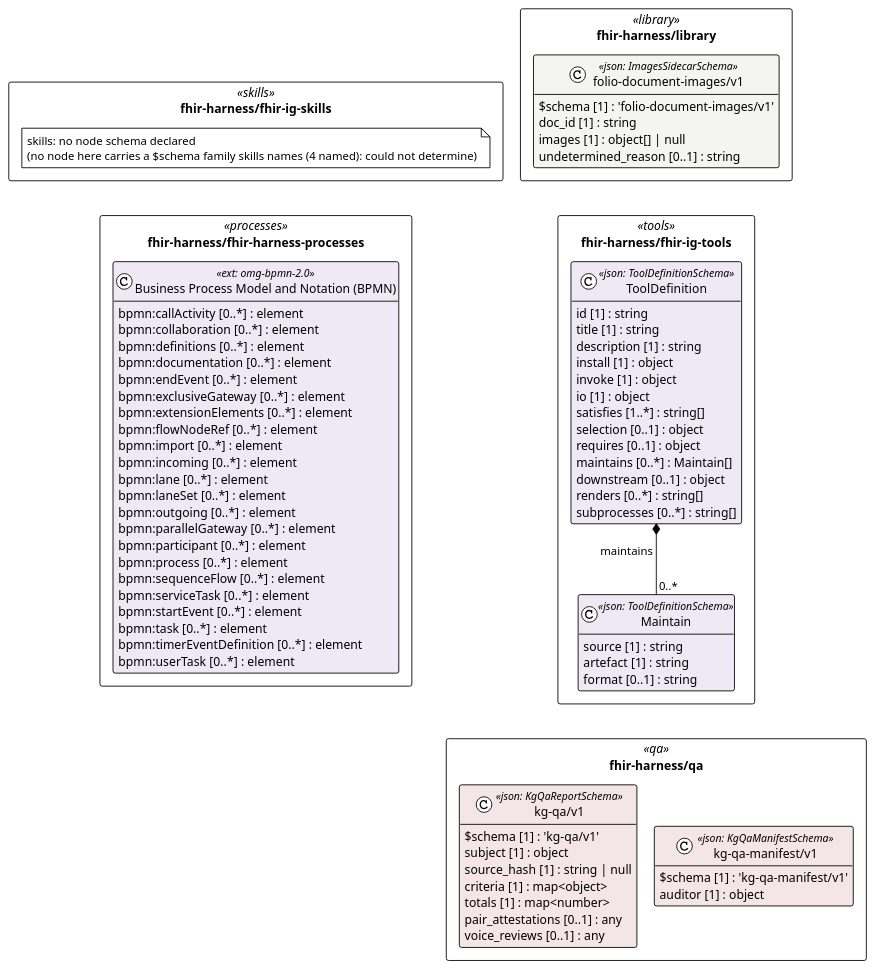
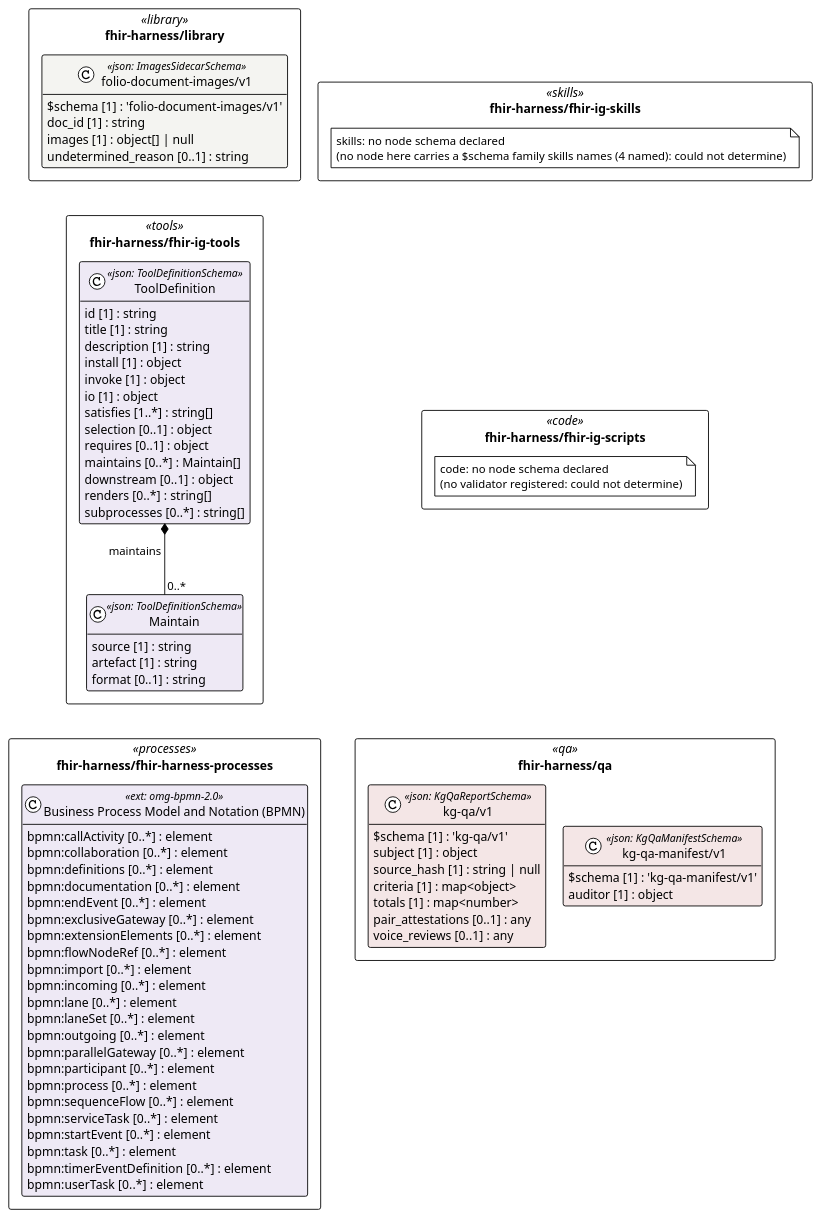
The diagram in cat-harness/uml/overview/fhir-harness.puml (litlfred/folio-assistant), drawn with PlantUML before and after one commit. The commit also changed 57 other files, not shown here.

```diff
--- a/cat-harness/uml/overview/fhir-harness.puml
+++ b/cat-harness/uml/overview/fhir-harness.puml
@@ -3,89 +3,93 @@
 @startuml fhir_harness
 !pragma layout elk
 !theme plain
 skinparam classAttributeIconSize 0
 skinparam shadowing false
 skinparam packageStyle rectangle
 hide empty methods
 
 package "fhir-harness/library" as pkg_fhir_harness_library <<library>> {
   class "folio-document-images/v1" as fhir_harness_library_folio_document_images_v1_folio_document_images_v1 <<json: ImagesSidecarSchema>> #f4f4f1 {
     $schema [1] : 'folio-document-images/v1'
     doc_id [1] : string
     images [1] : object[] | null
     undetermined_reason [0..1] : string
   }
 }
 package "fhir-harness/fhir-ig-skills" as pkg_fhir_harness_fhir_ig_skills <<skills>> {
   note "skills: no node schema declared\n(no node here carries a $schema family skills names (4 named): could not determine)" as n_fhir_harness_fhir_ig_skills_skills
 }
 package "fhir-harness/fhir-ig-tools" as pkg_fhir_harness_fhir_ig_tools <<tools>> {
   class "Maintain" as fhir_harness_fhir_ig_tools_Maintain <<json: ToolDefinitionSchema>> #eee9f5 {
     source [1] : string
     artefact [1] : string
     format [0..1] : string
   }
   class "ToolDefinition" as fhir_harness_fhir_ig_tools_ToolDefinition <<json: ToolDefinitionSchema>> #eee9f5 {
     id [1] : string
     title [1] : string
     description [1] : string
     install [1] : object
     invoke [1] : object
     io [1] : object
     satisfies [1..*] : string[]
     selection [0..1] : object
     requires [0..1] : object
     maintains [0..*] : Maintain[]
     downstream [0..1] : object
     renders [0..*] : string[]
     subprocesses [0..*] : string[]
   }
+}
+package "fhir-harness/fhir-ig-scripts" as pkg_fhir_harness_fhir_ig_scripts <<code>> {
+  note "code: no node schema declared\n(no validator registered: could not determine)" as n_fhir_harness_fhir_ig_scripts_code
 }
 package "fhir-harness/fhir-harness-processes" as pkg_fhir_harness_fhir_harness_processes <<processes>> {
   class "Business Process Model and Notation (BPMN)" as fhir_harness_fhir_harness_processes_omg_bpmn_2_0 <<ext: omg-bpmn-2.0>> #eee9f5 {
     bpmn:callActivity [0..*] : element
     bpmn:collaboration [0..*] : element
     bpmn:definitions [0..*] : element
     bpmn:documentation [0..*] : element
     bpmn:endEvent [0..*] : element
     bpmn:exclusiveGateway [0..*] : element
     bpmn:extensionElements [0..*] : element
     bpmn:flowNodeRef [0..*] : element
     bpmn:import [0..*] : element
     bpmn:incoming [0..*] : element
     bpmn:lane [0..*] : element
     bpmn:laneSet [0..*] : element
     bpmn:outgoing [0..*] : element
     bpmn:parallelGateway [0..*] : element
     bpmn:participant [0..*] : element
     bpmn:process [0..*] : element
     bpmn:sequenceFlow [0..*] : element
     bpmn:serviceTask [0..*] : element
     bpmn:startEvent [0..*] : element
     bpmn:task [0..*] : element
     bpmn:timerEventDefinition [0..*] : element
     bpmn:userTask [0..*] : element
   }
 }
 package "fhir-harness/qa" as pkg_fhir_harness_qa <<qa>> {
   class "kg-qa/v1" as fhir_harness_qa_kg_qa_v1_kg_qa_v1 <<json: KgQaReportSchema>> #f4e6e6 {
     $schema [1] : 'kg-qa/v1'
     subject [1] : object
     source_hash [1] : string | null
     criteria [1] : map<object>
     totals [1] : map<number>
     pair_attestations [0..1] : any
     voice_reviews [0..1] : any
   }
   class "kg-qa-manifest/v1" as fhir_harness_qa_kg_qa_manifest_v1_kg_qa_manifest_v1 <<json: KgQaManifestSchema>> #f4e6e6 {
     $schema [1] : 'kg-qa-manifest/v1'
     auditor [1] : object
   }
 }
 
 fhir_harness_fhir_ig_tools_ToolDefinition *-- "0..*" fhir_harness_fhir_ig_tools_Maintain : maintains
-' grid: portrait, 2 column(s) — pkg_fhir_harness_library pkg_fhir_harness_fhir_ig_skills pkg_fhir_harness_fhir_ig_tools pkg_fhir_harness_fhir_harness_processes pkg_fhir_harness_qa
+' grid: portrait, 2 column(s) — pkg_fhir_harness_library pkg_fhir_harness_fhir_ig_skills pkg_fhir_harness_fhir_ig_tools pkg_fhir_harness_fhir_ig_scripts pkg_fhir_harness_fhir_harness_processes pkg_fhir_harness_qa
 pkg_fhir_harness_library -[hidden]down- pkg_fhir_harness_fhir_ig_tools
-pkg_fhir_harness_fhir_ig_skills -[hidden]down- pkg_fhir_harness_fhir_harness_processes
-pkg_fhir_harness_fhir_ig_tools -[hidden]down- pkg_fhir_harness_qa
+pkg_fhir_harness_fhir_ig_skills -[hidden]down- pkg_fhir_harness_fhir_ig_scripts
+pkg_fhir_harness_fhir_ig_tools -[hidden]down- pkg_fhir_harness_fhir_harness_processes
+pkg_fhir_harness_fhir_ig_scripts -[hidden]down- pkg_fhir_harness_qa
 @enduml
```
